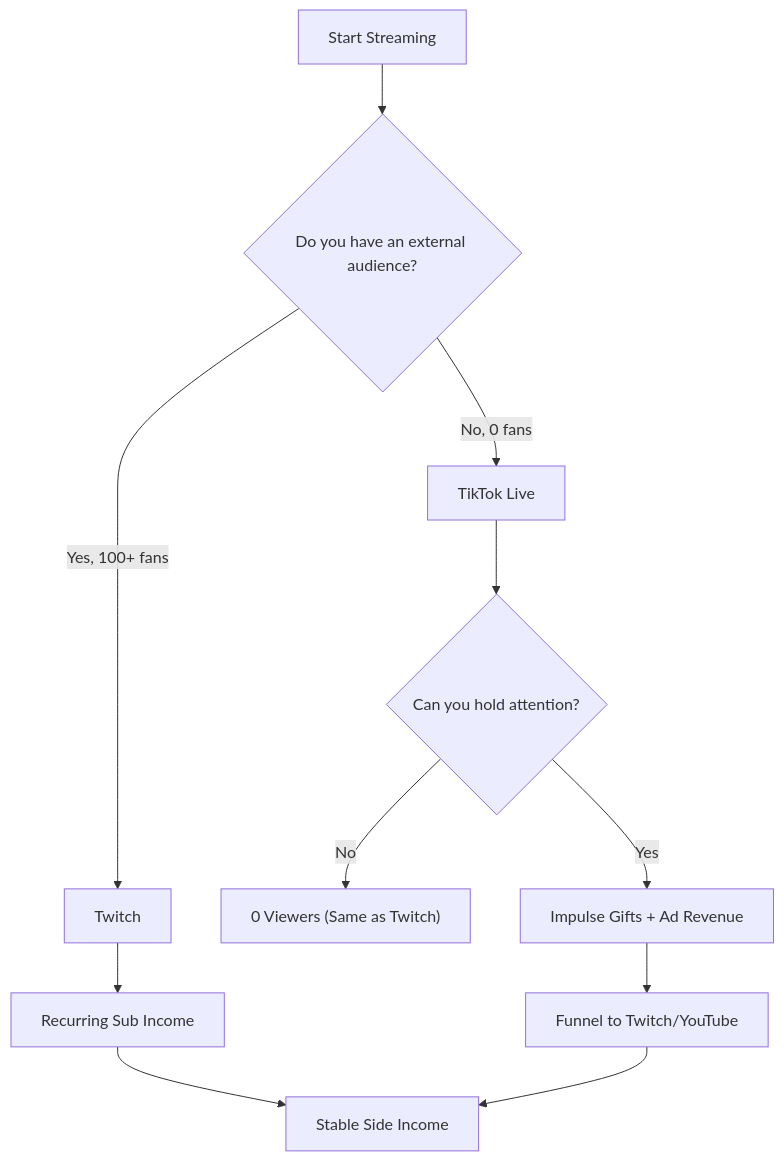
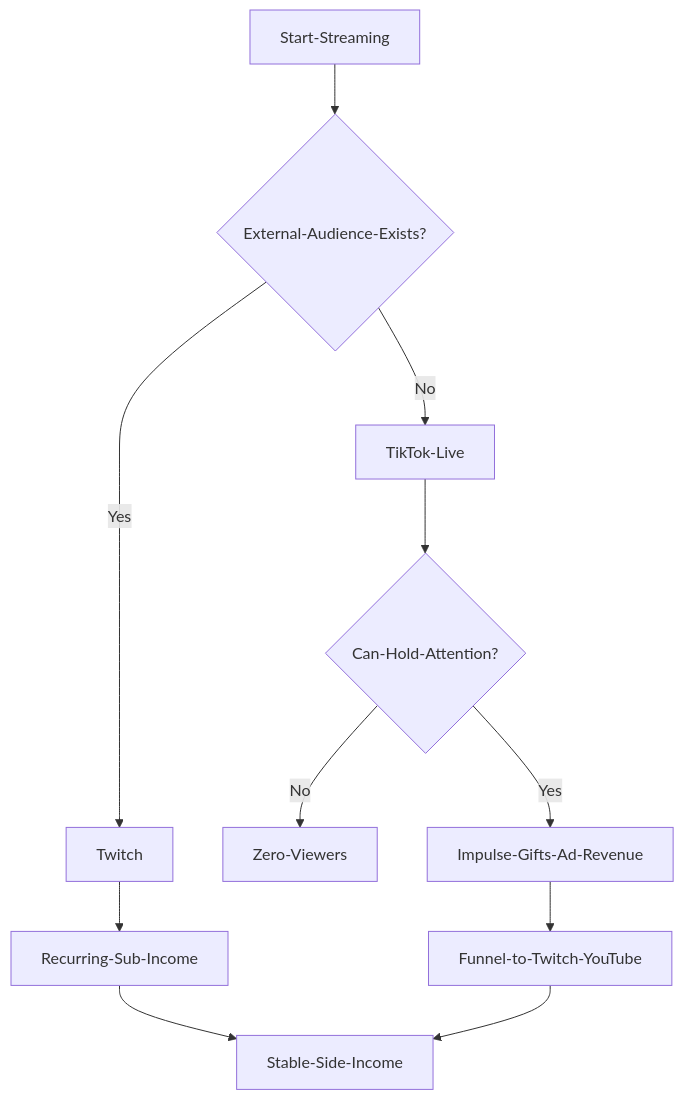
One commit to littl3-boat/ttwise changed the diagram in data/blog/tiktok-live-vs-twitch-income-small-streamers-2025.mdx. Above: the diagram before and after it, drawn with Mermaid. The commit also changed 35 other files, not shown here.

First line of the commit message:
feat: fix Mermaid diagram syntax across blog posts and add new Reddit-sourced blog entries

````diff
--- a/data/blog/tiktok-live-vs-twitch-income-small-streamers-2025.mdx
+++ b/data/blog/tiktok-live-vs-twitch-income-small-streamers-2025.mdx
@@ -56,13 +56,13 @@
 ```mermaid
-graph TD
-    A[Start Streaming] --> B{Do you have an external audience?}
-    B -->|Yes, 100+ fans| C[Twitch]
-    C --> D[Recurring Sub Income]
-    B -->|No, 0 fans| E[TikTok Live]
-    E --> F{Can you hold attention?}
-    F -->|No| G["0 Viewers (Same as Twitch)"]
-    F -->|Yes| H[Impulse Gifts + Ad Revenue]
-    H --> I[Funnel to Twitch/YouTube]
-    D --> J[Stable Side Income]
+flowchart TD
+    A[Start-Streaming] --> B{External-Audience-Exists?}
+    B -->|Yes| C[Twitch]
+    C --> D[Recurring-Sub-Income]
+    B -->|No| E[TikTok-Live]
+    E --> F{Can-Hold-Attention?}
+    F -->|No| G[Zero-Viewers]
+    F -->|Yes| H[Impulse-Gifts-Ad-Revenue]
+    H --> I[Funnel-to-Twitch-YouTube]
+    D --> J[Stable-Side-Income]
     I --> J
 ```
````
